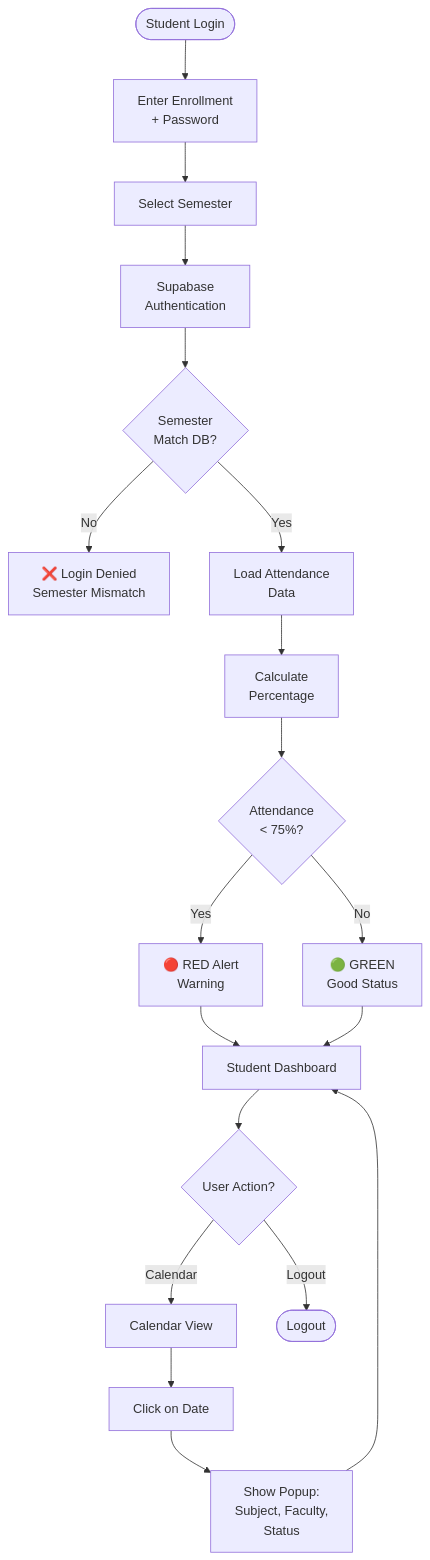
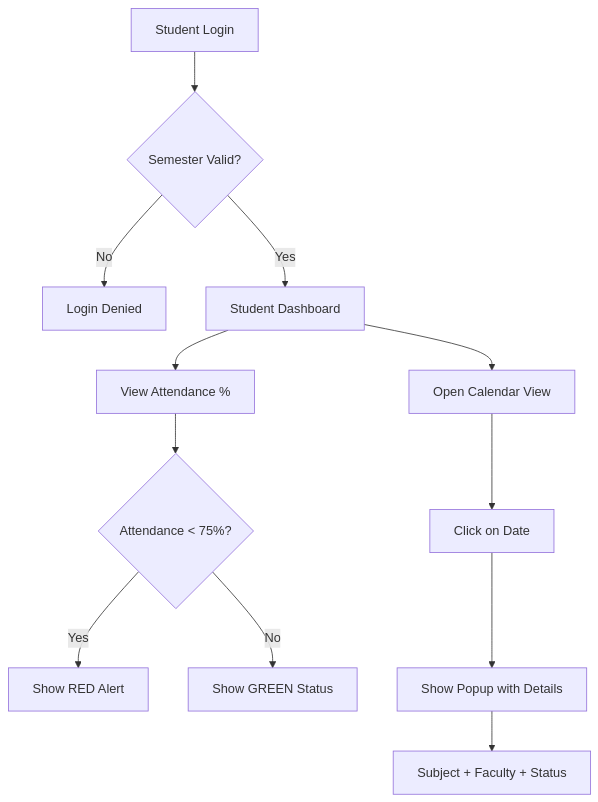
One commit to Prajapatidixitkumar/prajapatidixitkumar.github.io changed the third of 3 diagrams in README.md. Above: the diagram before and after it, drawn with Mermaid. The commit also changed other lines of this file, not shown here.

````diff
--- a/README.md
+++ b/README.md
@@ -605,21 +322,14 @@
 ```mermaid
-flowchart TD
-    Start([Student Login]) --> Enter[Enter Enrollment<br/>+ Password]
-    Enter --> SelSem[Select Semester]
-    SelSem --> Auth[Supabase<br/>Authentication]
-    Auth --> Verify{Semester<br/>Match DB?}
-    Verify -->|No| Deny[❌ Login Denied<br/>Semester Mismatch]
-    Verify -->|Yes| Load[Load Attendance<br/>Data]
-    Load --> Calc[Calculate<br/>Percentage]
-    Calc --> Check{Attendance<br/>< 75%?}
-    Check -->|Yes| Red[🔴 RED Alert<br/>Warning]
-    Check -->|No| Green[🟢 GREEN<br/>Good Status]
-    Red --> Dash[Student Dashboard]
-    Green --> Dash
-    Dash --> Action{User Action?}
-    Action -->|Calendar| Cal[Calendar View]
-    Action -->|Logout| End([Logout])
-    Cal --> Click[Click on Date]
-    Click --> Details[Show Popup:<br/>Subject, Faculty,<br/>Status]
-    Details --> Dash
+graph TD
+    A[Student Login] --> B{Semester Valid?}
+    B -->|No| C[Login Denied]
+    B -->|Yes| D[Student Dashboard]
+    D --> E[View Attendance %]
+    E --> F{Attendance < 75%?}
+    F -->|Yes| G[Show RED Alert]
+    F -->|No| H[Show GREEN Status]
+    D --> I[Open Calendar View]
+    I --> J[Click on Date]
+    J --> K[Show Popup with Details]
+    K --> L[Subject + Faculty + Status]
 ```
````
